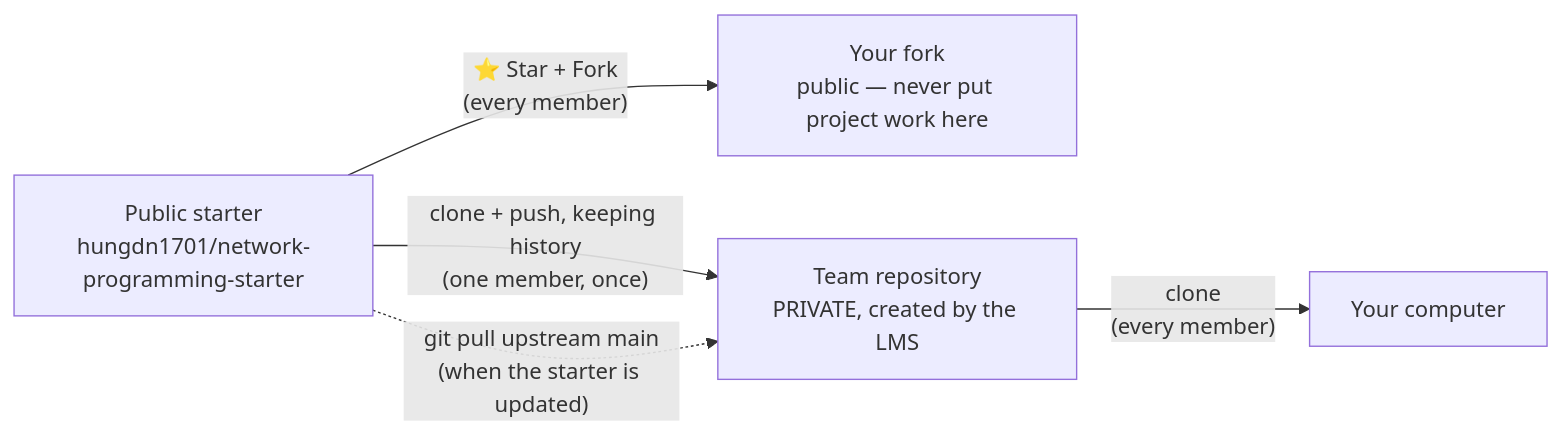
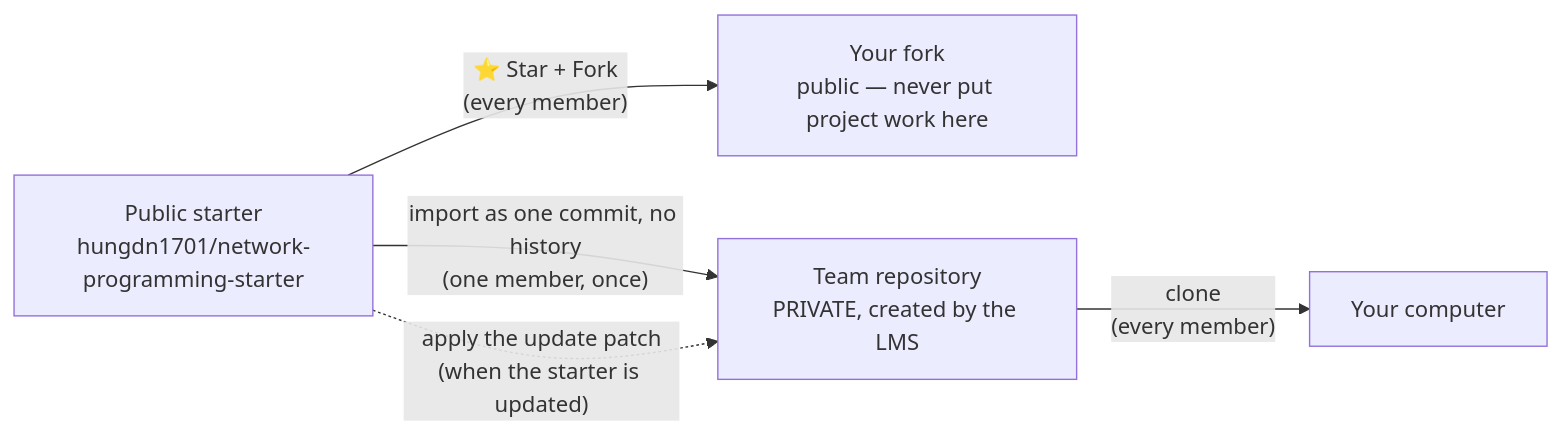
One commit to hungdn1701/network-programming-starter changed the diagram in docs/student-guide.md. Above: the diagram before and after it, drawn with Mermaid. The commit also changed other lines of this file and 1 other file, not shown here.

First line of the commit message:
v1.2.2: import the starter without its history

````diff
--- a/docs/student-guide.md
+++ b/docs/student-guide.md
@@ -16,7 +16,7 @@
 ```mermaid
 flowchart LR
     S["Public starter<br/>hungdn1701/network-programming-starter"] -->|"⭐ Star + Fork<br/>(every member)"| F["Your fork<br/>public — never put project work here"]
-    S -->|"clone + push, keeping history<br/>(one member, once)"| T["Team repository<br/>PRIVATE, created by the LMS"]
+    S -->|"import as one commit, no history<br/>(one member, once)"| T["Team repository<br/>PRIVATE, created by the LMS"]
     T -->|"clone<br/>(every member)"| L["Your computer"]
-    S -.->|"git pull upstream main<br/>(when the starter is updated)"| T
+    S -.->|"apply the update patch<br/>(when the starter is updated)"| T
 ```
````
